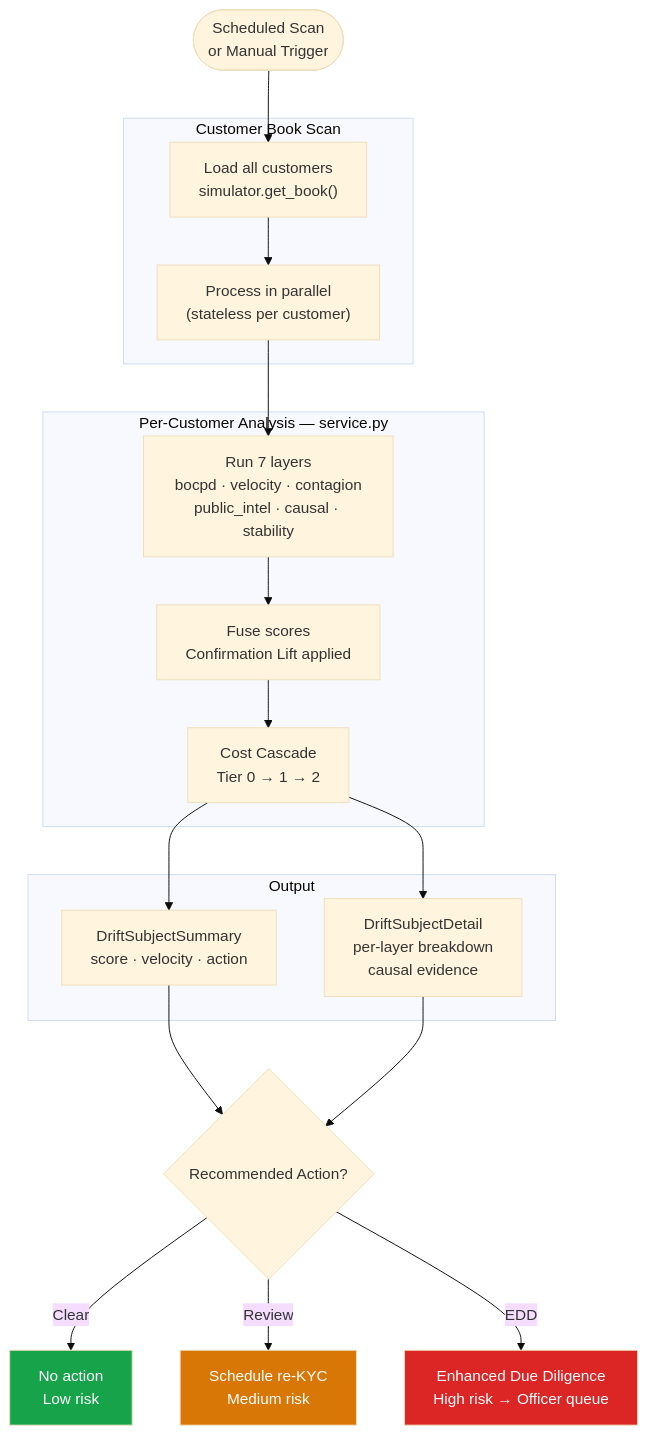
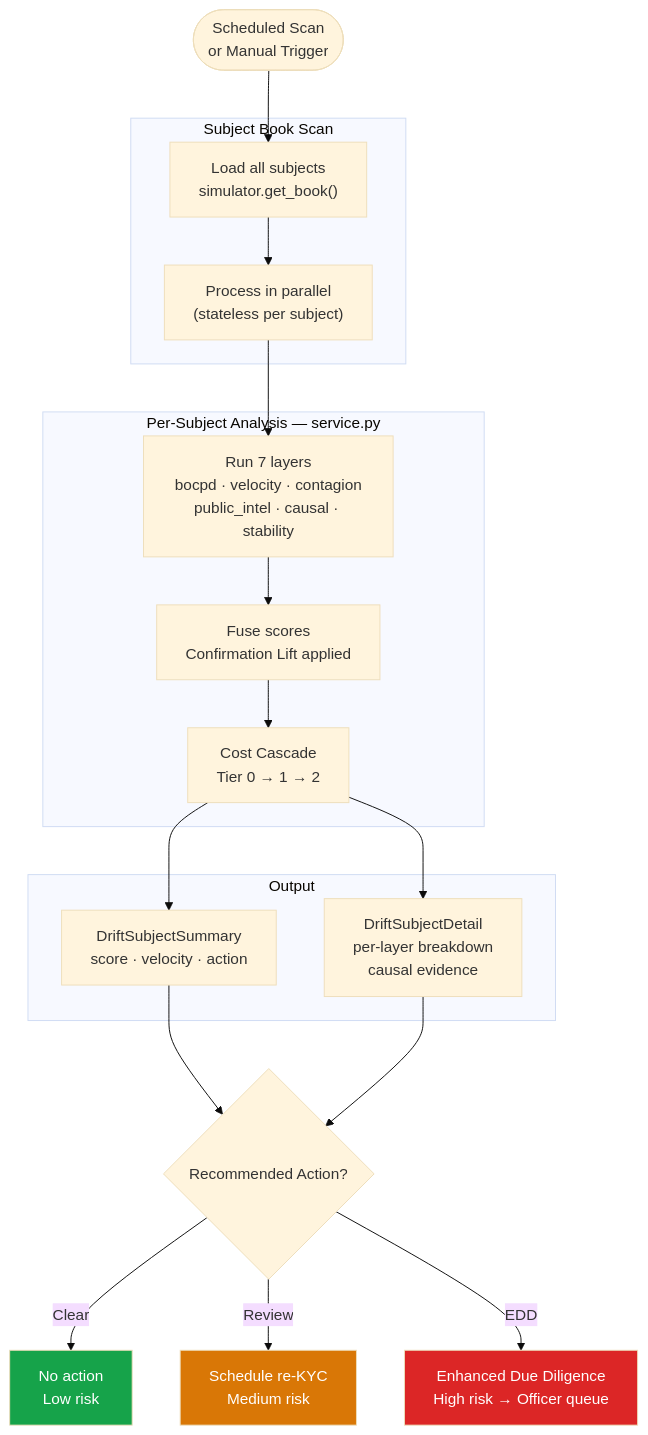
One commit to SteveDok22/Swisshacks-2026 changed the fourth of 6 diagrams in docs/flows.md. Above: the diagram before and after it, drawn with Mermaid (base theme). The commit also changed other lines of this file and 10 other files, not shown here.

````diff
--- a/docs/flows.md
+++ b/docs/flows.md
@@ -127,41 +127,41 @@
 ```mermaid
 flowchart TD
     Trigger(["Scheduled Scan\nor Manual Trigger"])
 
-    subgraph Scan["Customer Book Scan"]
-        All["Load all customers\nsimulator.get_book()"]
-        Para["Process in parallel\n(stateless per customer)"]
+    subgraph Scan["Subject Book Scan"]
+        All["Load all subjects\nsimulator.get_book()"]
+        Para["Process in parallel\n(stateless per subject)"]
     end
 
-    subgraph Analyze["Per-Customer Analysis — service.py"]
+    subgraph Analyze["Per-Subject Analysis — service.py"]
         Layers["Run 7 layers\nbocpd · velocity · contagion\npublic_intel · causal · stability"]
         Fuse["Fuse scores\nConfirmation Lift applied"]
         Route["Cost Cascade\nTier 0 → 1 → 2"]
     end
 
     subgraph Output["Output"]
         Summary["DriftSubjectSummary\nscore · velocity · action"]
         Detail["DriftSubjectDetail\nper-layer breakdown\ncausal evidence"]
     end
 
     Action{Recommended Action?}
 
     Clear["No action\nLow risk"]
     Review["Schedule re-KYC\nMedium risk"]
     Escalate["Enhanced Due Diligence\nHigh risk → Officer queue"]
 
     Trigger --> All
     All --> Para
     Para --> Layers
     Layers --> Fuse
     Fuse --> Route
     Route --> Summary & Detail
     Summary & Detail --> Action
     Action -->|Clear| Clear
     Action -->|Review| Review
     Action -->|EDD| Escalate
 
     style Clear fill:#16a34a,color:#fff
     style Review fill:#d97706,color:#fff
     style Escalate fill:#dc2626,color:#fff
 ```
````
